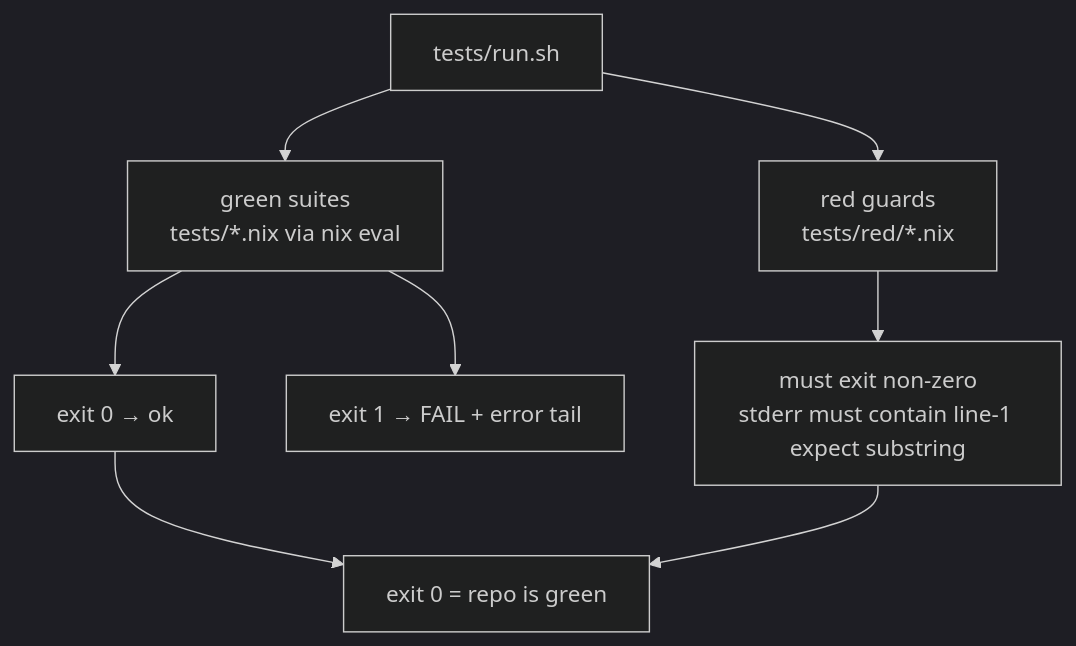
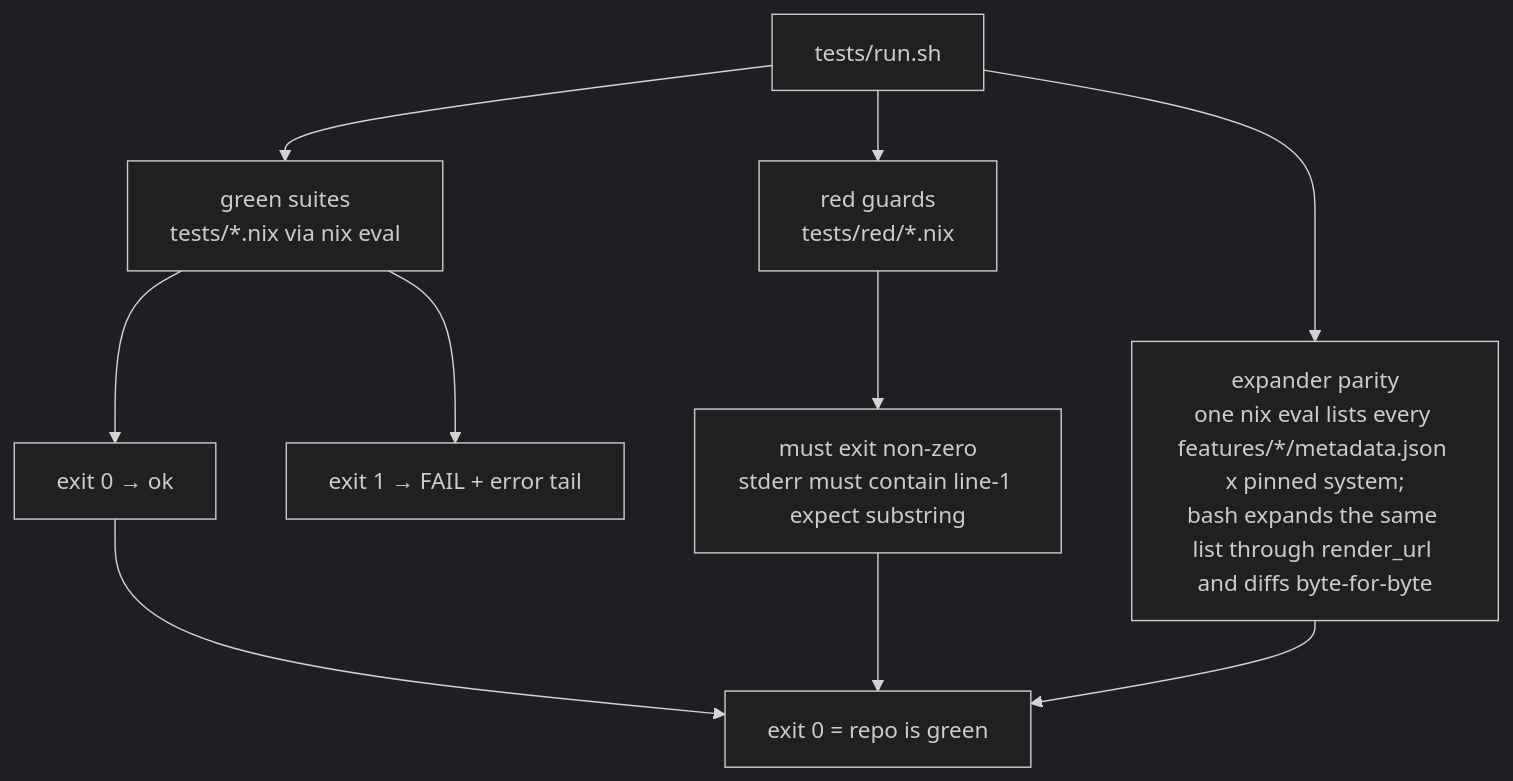
One commit to WombatFromHell/automatic-palm-tree changed the first of 5 diagrams in TEST_DESIGN.md. Above: the diagram before and after it, drawn with Mermaid (dark theme). The commit also changed other lines of this file, not shown here.

````diff
--- a/TEST_DESIGN.md
+++ b/TEST_DESIGN.md
@@ -9,10 +9,12 @@
 ```mermaid
 flowchart TD
   R["tests/run.sh"] --> G["green suites<br/>tests/*.nix via nix eval"]
   G --> G1["exit 0 → ok"]
   G --> G2["exit 1 → FAIL + error tail"]
   R --> D["red guards<br/>tests/red/*.nix"]
   D --> D1["must exit non-zero<br/>stderr must contain line-1 expect substring"]
+  R --> P["expander parity<br/>one nix eval lists every features/*/metadata.json x pinned system;<br/>bash expands the same list through render_url and diffs byte-for-byte"]
   G1 --> X["exit 0 = repo is green"]
   D1 --> X
+  P --> X
 ```
````
